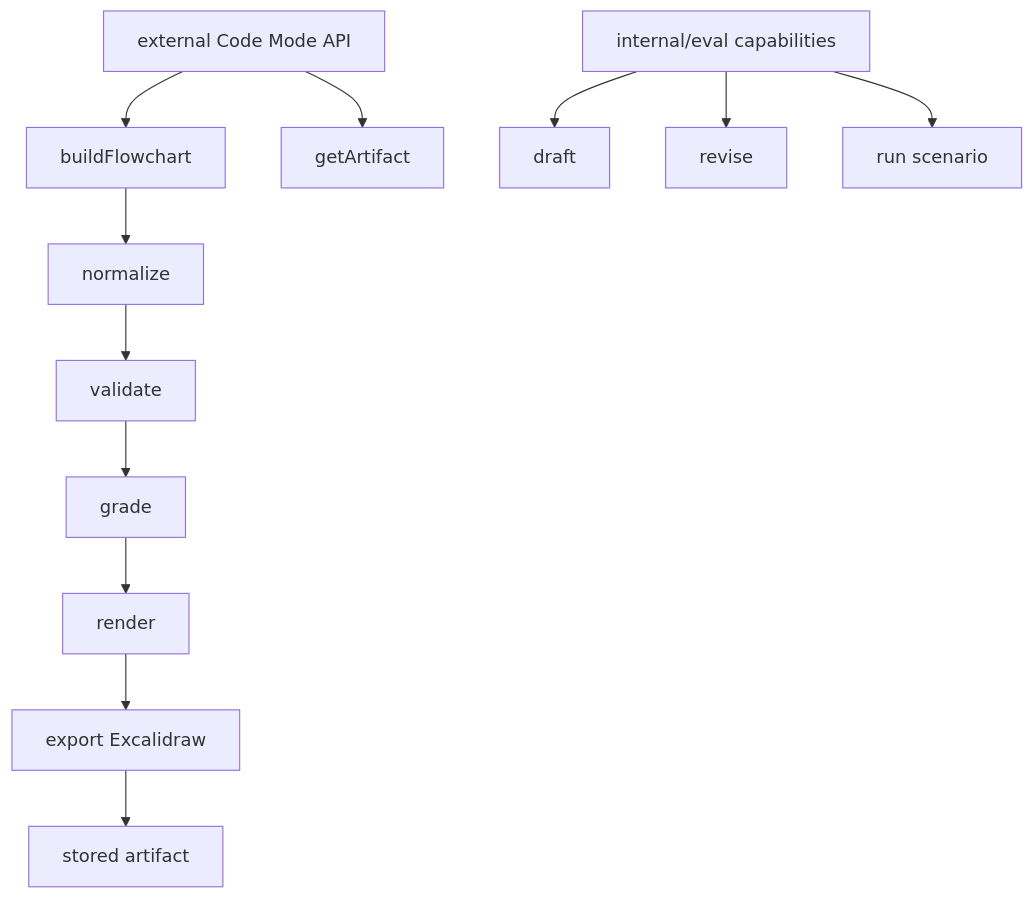
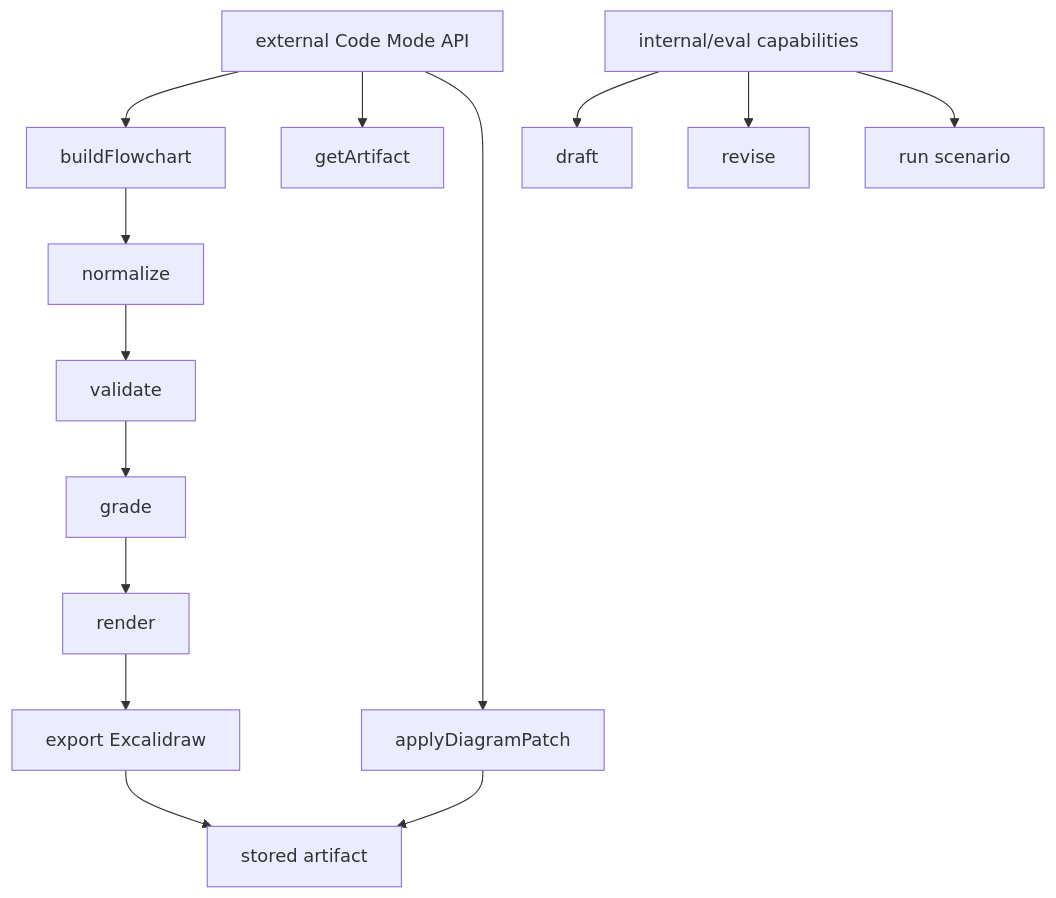
Before and after one commit to anand-testcompare/sketchi-v2-lab: the second of 7 diagrams in docs/mcp-first-generation.md, drawn with Mermaid. The commit also changed other lines of this file and 20 other files, not shown here.

Commit message:
feat: add code mode diagram api runtime (#31)

````diff
--- a/docs/mcp-first-generation.md
+++ b/docs/mcp-first-generation.md
@@ -53,16 +53,18 @@
 ```mermaid
 flowchart TB
   External["external Code Mode API"] --> Build["buildFlowchart"]
   External --> GetArtifact["getArtifact"]
+  External --> Patch["applyDiagramPatch"]
 
   Build --> Normalize["normalize"]
   Normalize --> Validate["validate"]
   Validate --> Grade["grade"]
   Grade --> Render["render"]
   Render --> Export["export Excalidraw"]
   Export --> Artifact["stored artifact"]
+  Patch --> Artifact
 
   Internal["internal/eval capabilities"] --> Draft["draft"]
   Internal --> Revise["revise"]
   Internal --> Scenario["run scenario"]
 ```
````
